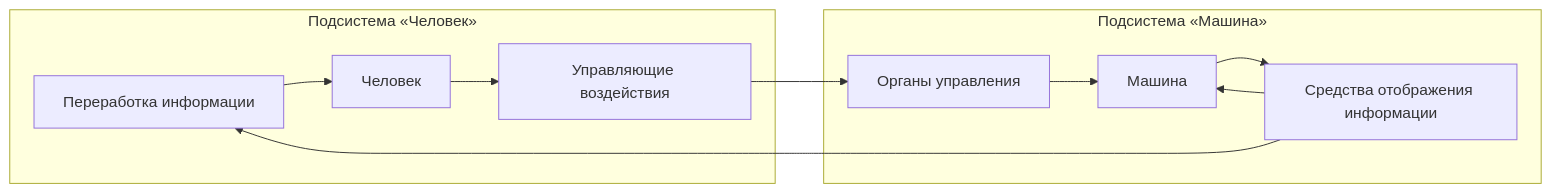
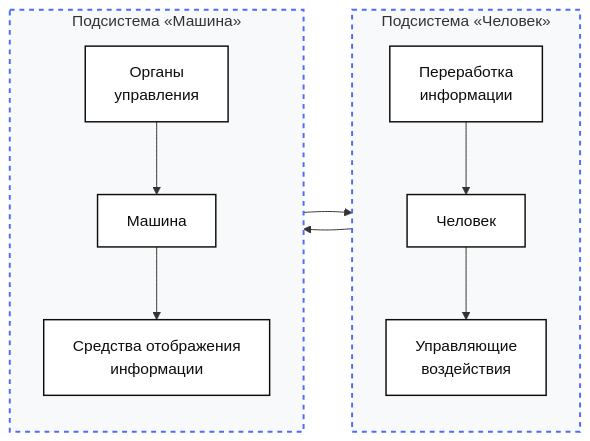
One commit to RedAlexDad/WalkingRobotSim changed the second of 4 diagrams in docs/ergonomics-methodology/reaction-time/2026-10-25_adaptive-recommender-narrowing.md. Above: the diagram before and after it, drawn with Mermaid. The commit also changed other lines of this file, not shown here.

First line of the commit message:
docs: уточнить схему с нейросетевым адаптером

````diff
--- a/docs/ergonomics-methodology/reaction-time/2026-10-25_adaptive-recommender-narrowing.md
+++ b/docs/ergonomics-methodology/reaction-time/2026-10-25_adaptive-recommender-narrowing.md
@@ -229,13 +229,28 @@
 ```mermaid
 flowchart LR
-  subgraph H["Подсистема «Человек»"]
-    H1["Переработка информации"] --> H2["Человек"] --> H3["Управляющие воздействия"]
-  end
-  subgraph M["Подсистема «Машина»"]
-    M1["Средства отображения информации"] --> M2["Машина"]
-    M3["Органы управления"] --> M2
-  end
-  M1 --> H1
-  H3 --> M3
-  M2 --> M1
+    classDef default fill:#fff,stroke:#0d0d0d,stroke-width:1.5px,color:#0d0d0d;
+    classDef block fill:#f8f9fa,stroke:#4d6bfe,stroke-width:2px,stroke-dasharray: 5 5;
+
+    subgraph Human["Подсистема «Человек»"]
+        direction TB
+        PI["Переработка<br/>информации"]
+        CH["Человек"]
+        UV["Управляющие<br/>воздействия"]
+
+        PI --> CH --> UV
+    end
+
+    subgraph Machine["Подсистема «Машина»"]
+        direction TB
+        OU["Органы<br/>управления"]
+        M["Машина"]
+        SOI["Средства отображения<br/>информации"]
+
+        OU --> M --> SOI
+    end
+
+    UV --> OU
+    SOI --> PI
+
+    class Human,Machine block;
 ```
````
